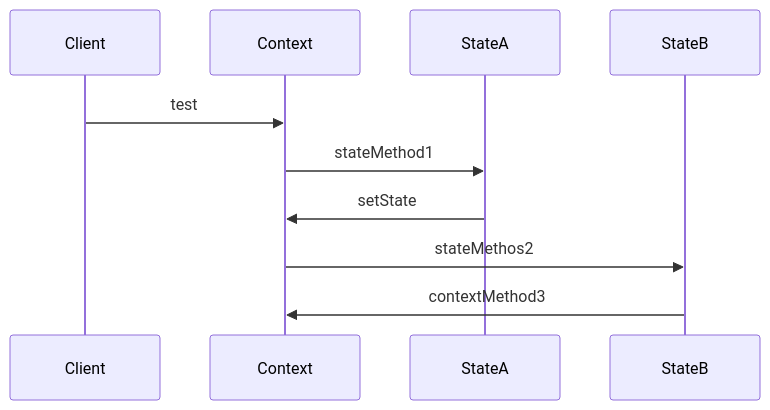
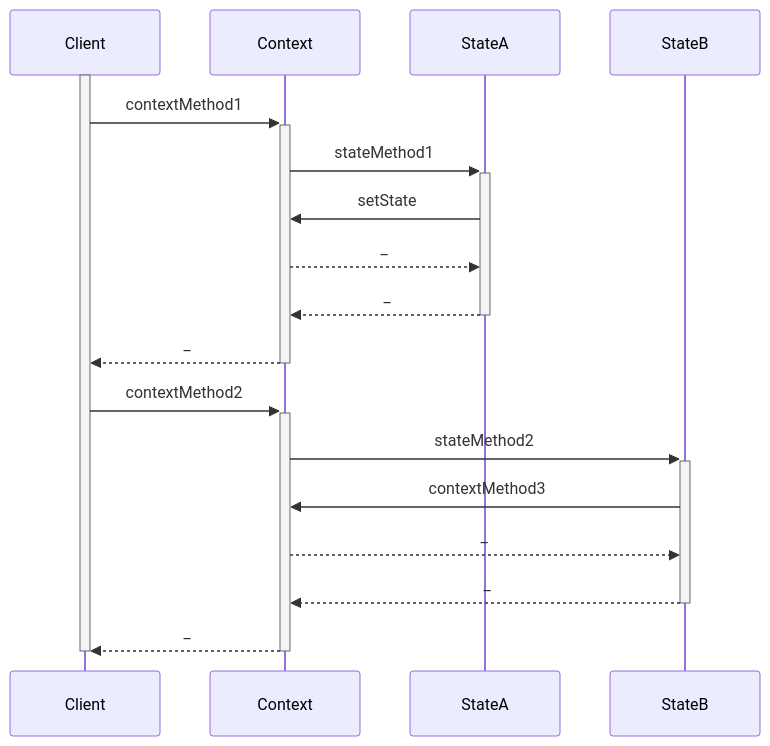
One commit to rendya2501/til changed the first of 3 diagrams in DesignPattern/State/README.md. Above: the diagram before and after it, drawn with Mermaid. The commit also changed other lines of this file and 12 other files, not shown here.

Commit message:
・整理 ・品詞 ・goコマンド ・stateパターンシーケンス図 ・sql参考追加

````diff
--- a/DesignPattern/State/README.md
+++ b/DesignPattern/State/README.md
@@ -101,8 +100,28 @@
 ``` mermaid
 sequenceDiagram
-    Client->>Context:test
-    Context->>StateA: stateMethod1
+    participant Client
+    participant Context
+    participant StateA
+    participant StateB
+
+    activate Client
+
+    Client->>+Context:contextMethod1
+    Context->>+StateA: stateMethod1
     StateA->>Context: setState
-    Context->>StateB: stateMethos2
+    Context-->>StateA:_
+    StateA-->>-Context:_
+    Context-->>-Client:_
+
+    Client->>+Context:contextMethod2
+    Context->>+StateB: stateMethod2
     StateB->>Context: contextMethod3
+    Context-->>StateB:_
+    StateB-->>-Context:_
+    Context-->>-Client:_
+
+    deactivate Client
+
+    #Context->>StateB: stateMethos2
+    #StateB->>Context: contextMethod3
 ```
````
